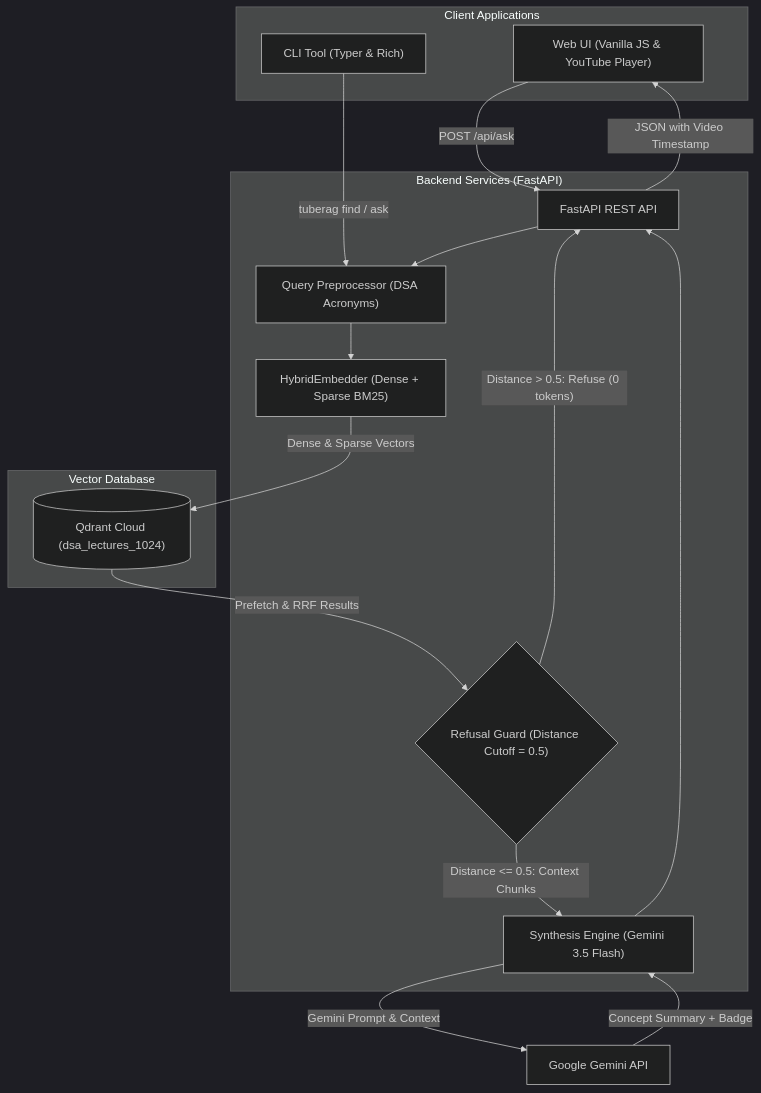
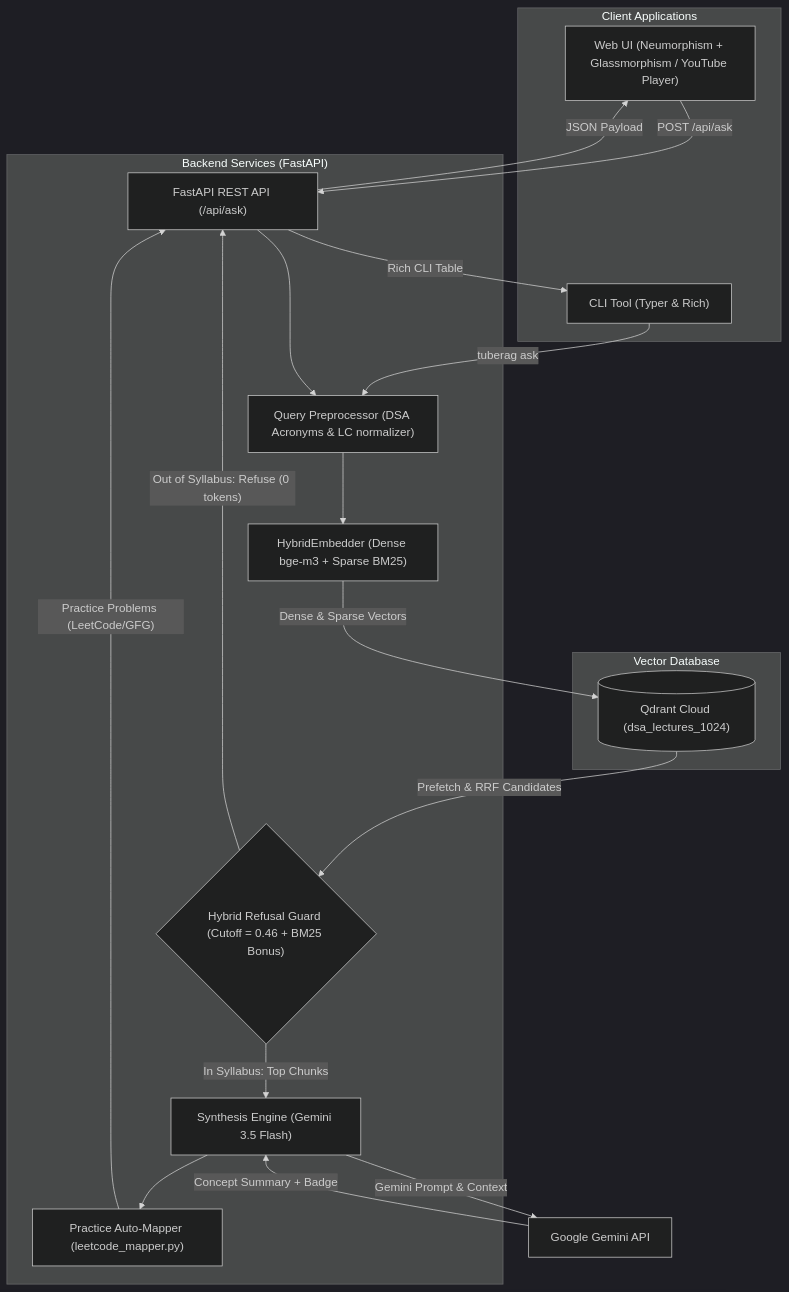
One commit to matrix-1407/chronoRAG changed the first of 3 diagrams in README.md. Above: the diagram before and after it, drawn with Mermaid (dark theme). The commit also changed other lines of this file, not shown here.

Commit message:
docs: update README with Phase 3 & 4 architecture, LeetCode auto-mapper, and Obsidian export

````diff
--- a/README.md
+++ b/README.md
@@ -49,32 +51,35 @@
 ```mermaid
 flowchart TD
     subgraph Clients["Client Applications"]
-        WebUI["Web UI (Vanilla JS & YouTube Player)"]
+        WebUI["Web UI (Neumorphism + Glassmorphism / YouTube Player)"]
         CLI["CLI Tool (Typer & Rich)"]
     end
 
     subgraph Service["Backend Services (FastAPI)"]
-        API["FastAPI REST API"]
-        Pre["Query Preprocessor (DSA Acronyms)"]
-        Embed["HybridEmbedder (Dense + Sparse BM25)"]
-        Guard{"Refusal Guard (Distance Cutoff = 0.5)"}
+        API["FastAPI REST API (/api/ask)"]
+        Pre["Query Preprocessor (DSA Acronyms & LC normalizer)"]
+        Embed["HybridEmbedder (Dense bge-m3 + Sparse BM25)"]
+        Guard{"Hybrid Refusal Guard (Cutoff = 0.46 + BM25 Bonus)"}
         Synth["Synthesis Engine (Gemini 3.5 Flash)"]
+        Mapper["Practice Auto-Mapper (leetcode_mapper.py)"]
     end
 
     subgraph Storage["Vector Database"]
         Qdrant[("Qdrant Cloud (dsa_lectures_1024)")]
     end
 
     WebUI -->|"POST /api/ask"| API
-    CLI -->|"tuberag find / ask"| Pre
+    CLI -->|"tuberag ask"| Pre
     API --> Pre
     Pre --> Embed
     Embed -->|"Dense & Sparse Vectors"| Qdrant
-    Qdrant -->|"Prefetch & RRF Results"| Guard
-    Guard -->|"Distance > 0.5: Refuse (0 tokens)"| API
-    Guard -->|"Distance <= 0.5: Context Chunks"| Synth
+    Qdrant -->|"Prefetch & RRF Candidates"| Guard
+    Guard -->|"Out of Syllabus: Refuse (0 tokens)"| API
+    Guard -->|"In Syllabus: Top Chunks"| Synth
     Synth -->|"Gemini Prompt & Context"| GeminiAPI["Google Gemini API"]
     GeminiAPI -->|"Concept Summary + Badge"| Synth
-    Synth --> API
-    API -->|"JSON with Video Timestamp"| WebUI
+    Synth --> Mapper
+    Mapper -->|"Practice Problems (LeetCode/GFG)"| API
+    API -->|"JSON Payload"| WebUI
+    API -->|"Rich CLI Table"| CLI
 ```
````
